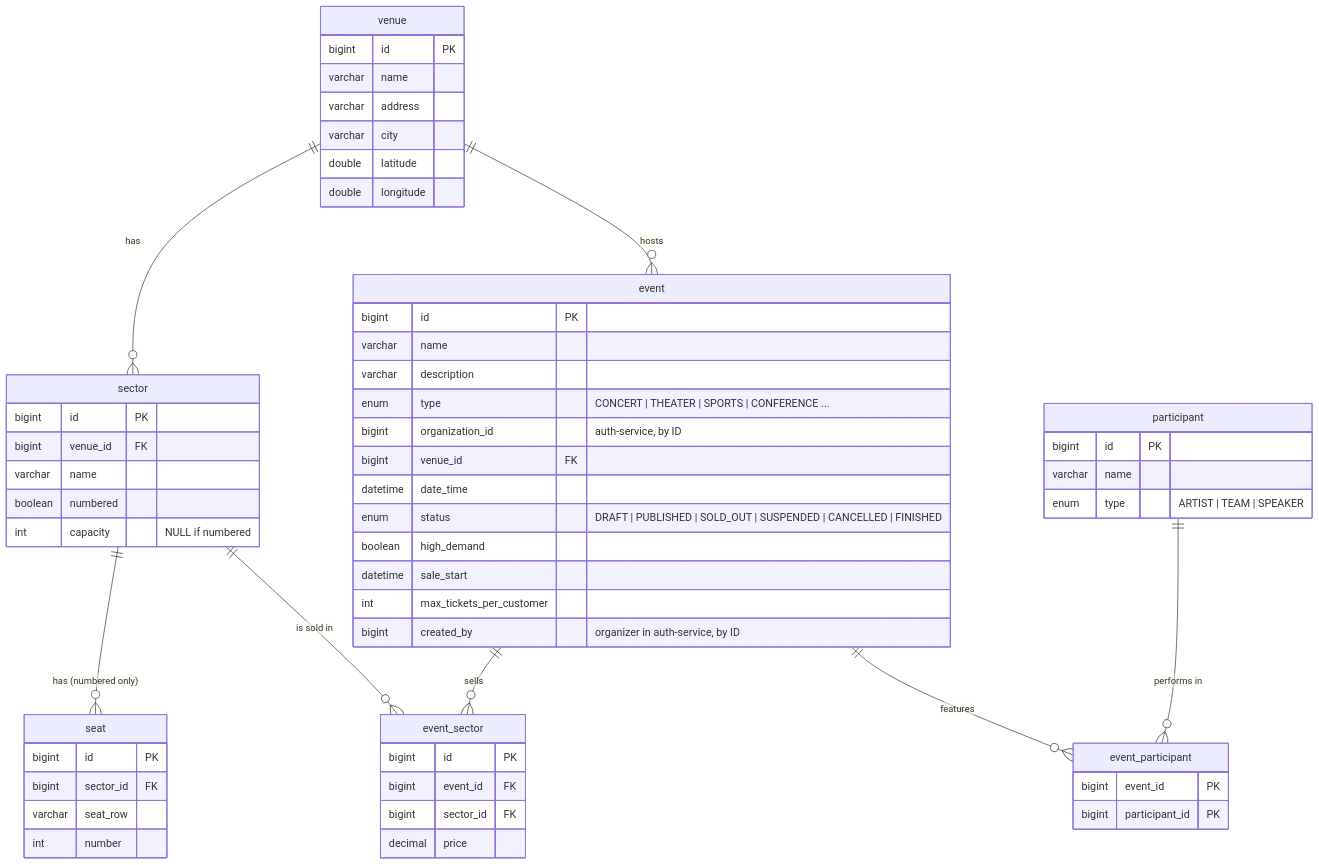
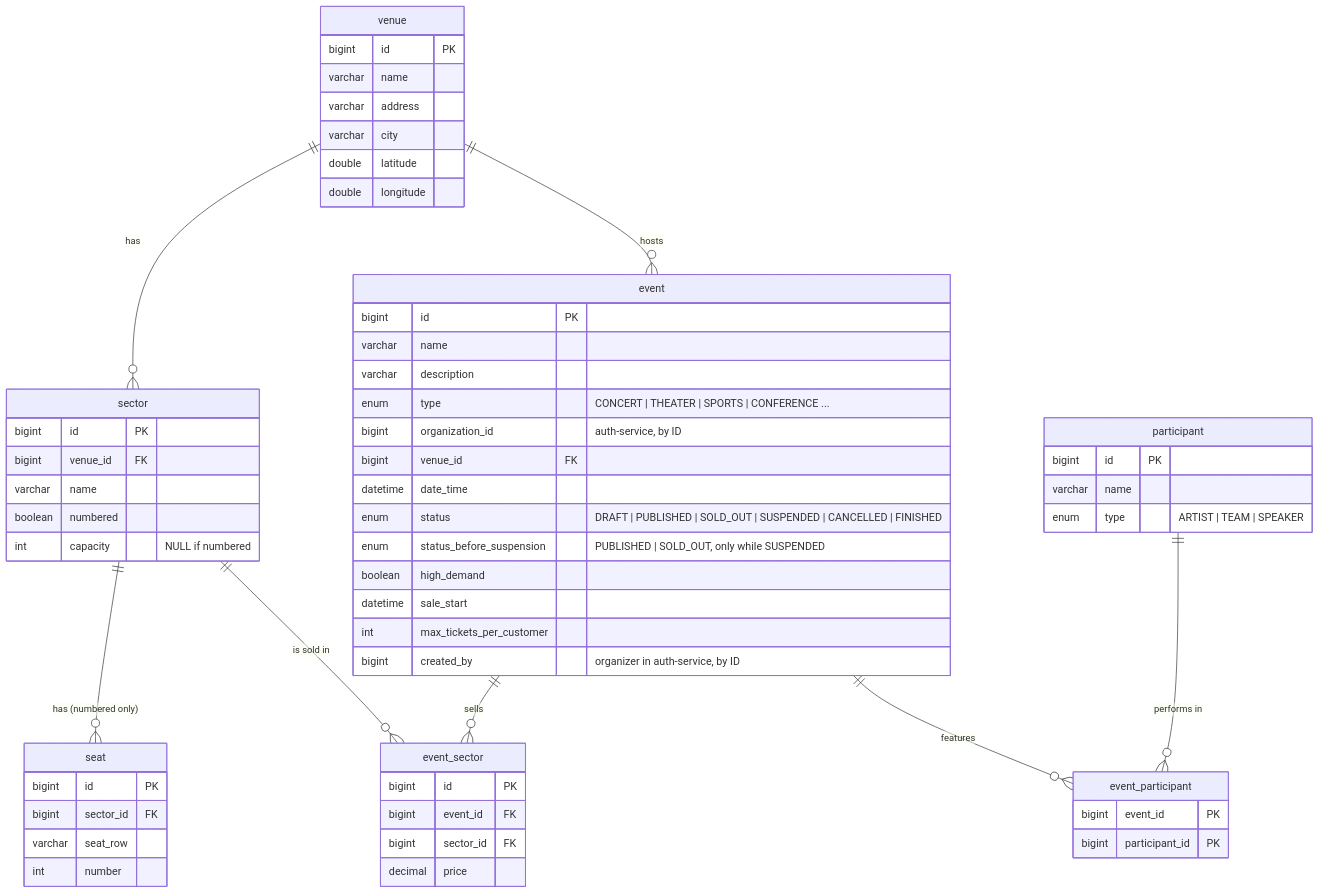
One commit to joaquinblock/TicketYa changed the diagram in docs/architecture/event-service.md. Above: the diagram before and after it, drawn with Mermaid. The commit also changed 8 other files, not shown here.

````diff
--- a/docs/architecture/event-service.md
+++ b/docs/architecture/event-service.md
@@ -7,61 +7,62 @@
 ```mermaid
 erDiagram
     venue ||--o{ sector : "has"
     sector ||--o{ seat : "has (numbered only)"
     venue ||--o{ event : "hosts"
     event ||--o{ event_sector : "sells"
     sector ||--o{ event_sector : "is sold in"
     event ||--o{ event_participant : "features"
     participant ||--o{ event_participant : "performs in"
 
     venue {
         bigint id PK
         varchar name
         varchar address
         varchar city
         double latitude
         double longitude
     }
     sector {
         bigint id PK
         bigint venue_id FK
         varchar name
         boolean numbered
         int capacity "NULL if numbered"
     }
     seat {
         bigint id PK
         bigint sector_id FK
         varchar seat_row
         int number
     }
     event {
         bigint id PK
         varchar name
         varchar description
         enum type "CONCERT | THEATER | SPORTS | CONFERENCE ..."
         bigint organization_id "auth-service, by ID"
         bigint venue_id FK
         datetime date_time
         enum status "DRAFT | PUBLISHED | SOLD_OUT | SUSPENDED | CANCELLED | FINISHED"
+        enum status_before_suspension "PUBLISHED | SOLD_OUT, only while SUSPENDED"
         boolean high_demand
         datetime sale_start
         int max_tickets_per_customer
         bigint created_by "organizer in auth-service, by ID"
     }
     participant {
         bigint id PK
         varchar name
         enum type "ARTIST | TEAM | SPEAKER"
     }
     event_participant {
         bigint event_id PK
         bigint participant_id PK
     }
     event_sector {
         bigint id PK
         bigint event_id FK
         bigint sector_id FK
         decimal price
     }
 ```
````
